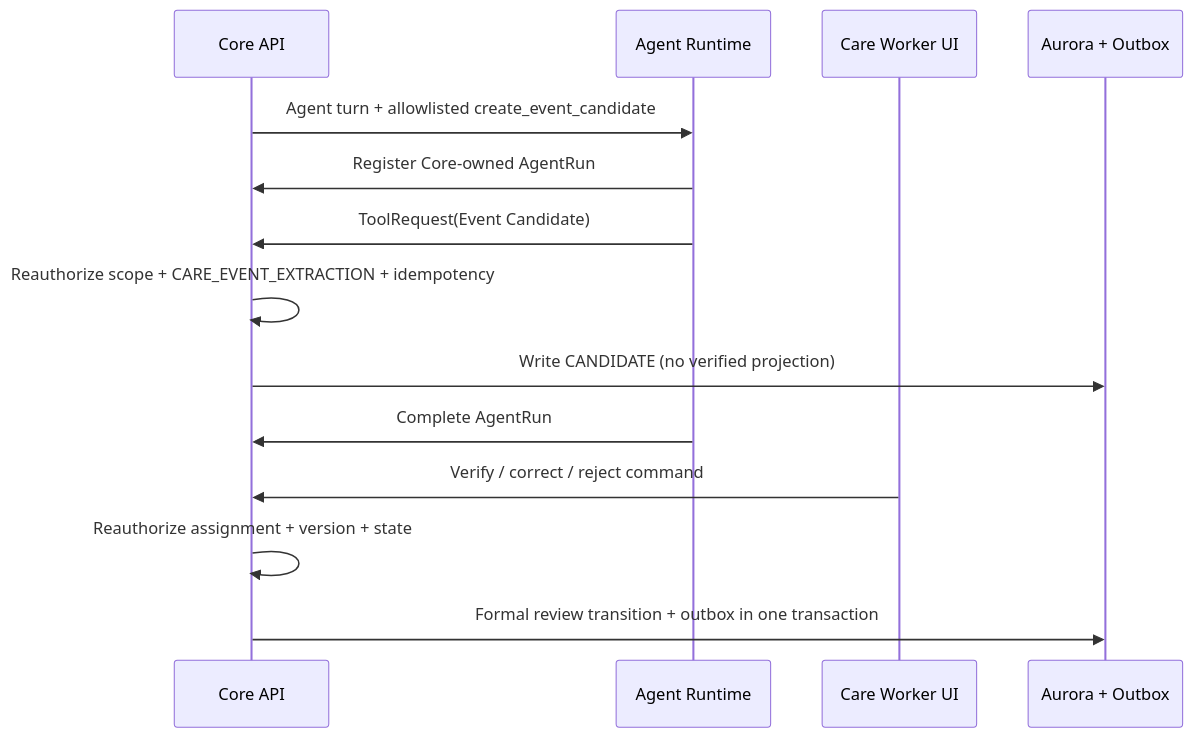
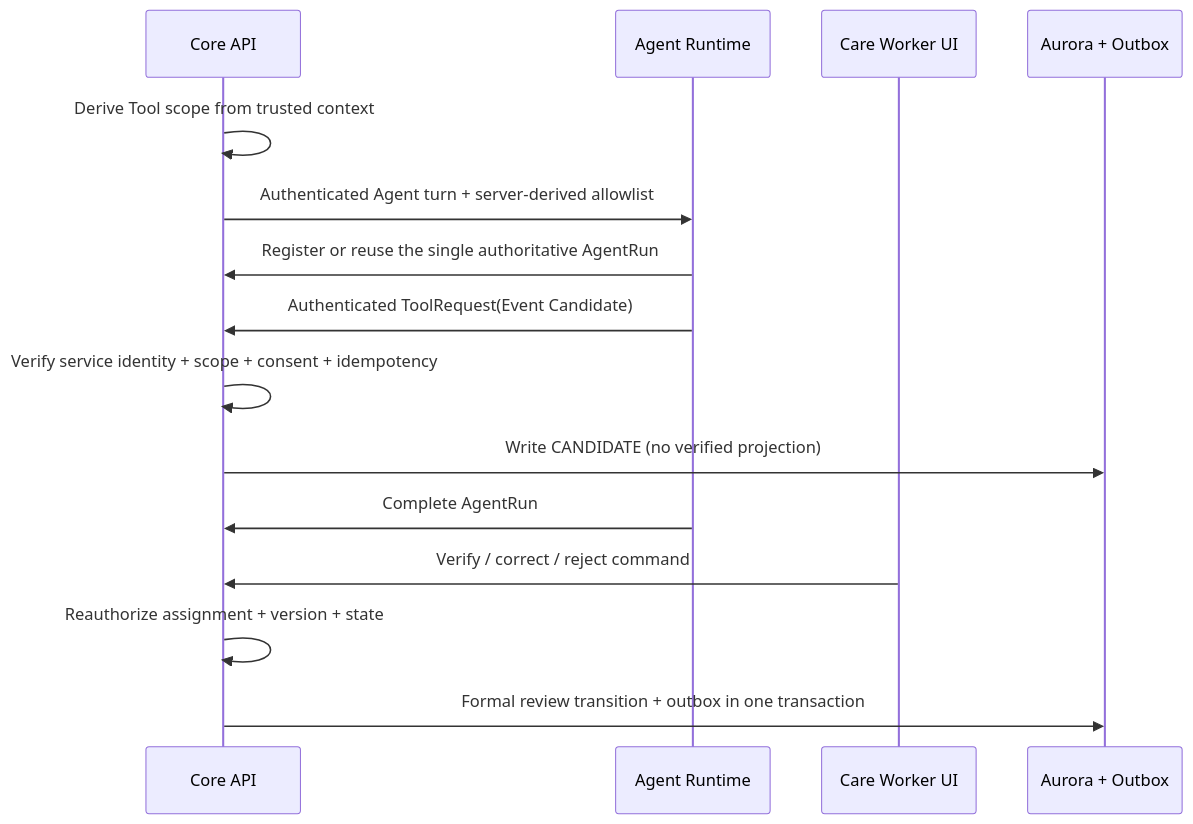
Before and after one commit to 71bk/kinsun.ai-product: the second of 4 diagrams in .kiro/specs/gate-1-agent-vertical-slice/design.md, drawn with Mermaid. The commit also changed other lines of this file and 4 other files, not shown here.

````diff
--- a/.kiro/specs/gate-1-agent-vertical-slice/design.md
+++ b/.kiro/specs/gate-1-agent-vertical-slice/design.md
@@ -191,17 +201,18 @@
 ```mermaid
 sequenceDiagram
     participant C as Core API
     participant A as Agent Runtime
     participant W as Care Worker UI
     participant DB as Aurora + Outbox
 
-    C->>A: Agent turn + allowlisted create_event_candidate
-    A->>C: Register Core-owned AgentRun
-    A->>C: ToolRequest(Event Candidate)
-    C->>C: Reauthorize scope + CARE_EVENT_EXTRACTION + idempotency
+    C->>C: Derive Tool scope from trusted context
+    C->>A: Authenticated Agent turn + server-derived allowlist
+    A->>C: Register or reuse the single authoritative AgentRun
+    A->>C: Authenticated ToolRequest(Event Candidate)
+    C->>C: Verify service identity + scope + consent + idempotency
     C->>DB: Write CANDIDATE (no verified projection)
     A->>C: Complete AgentRun
     W->>C: Verify / correct / reject command
     C->>C: Reauthorize assignment + version + state
     C->>DB: Formal review transition + outbox in one transaction
 ```
````
